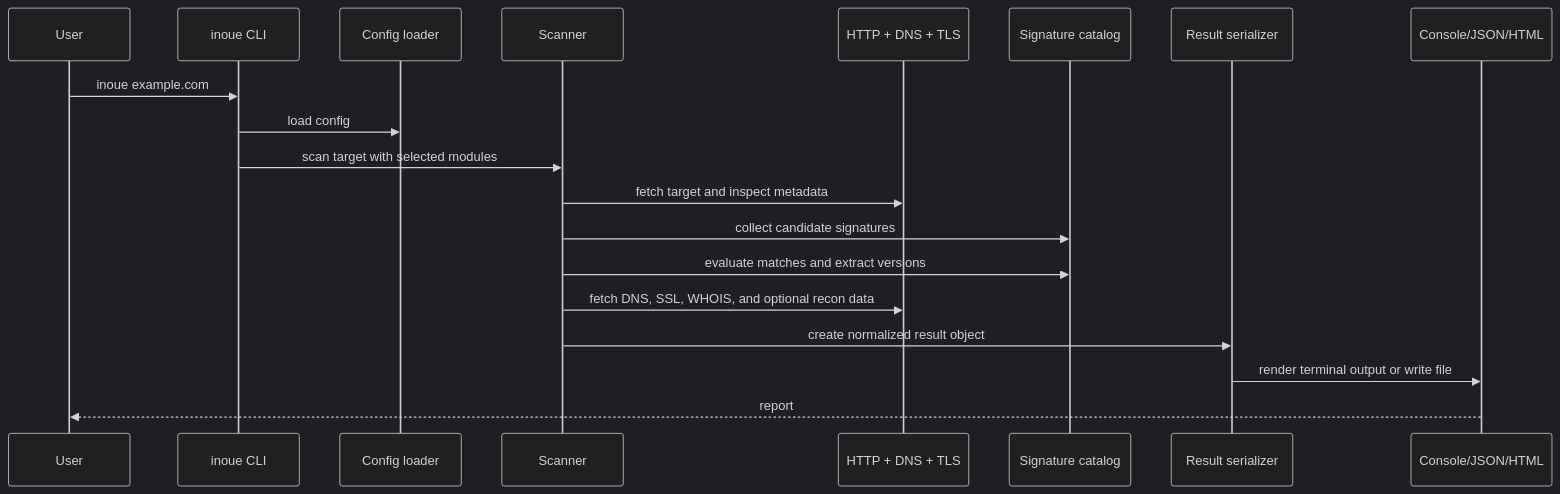
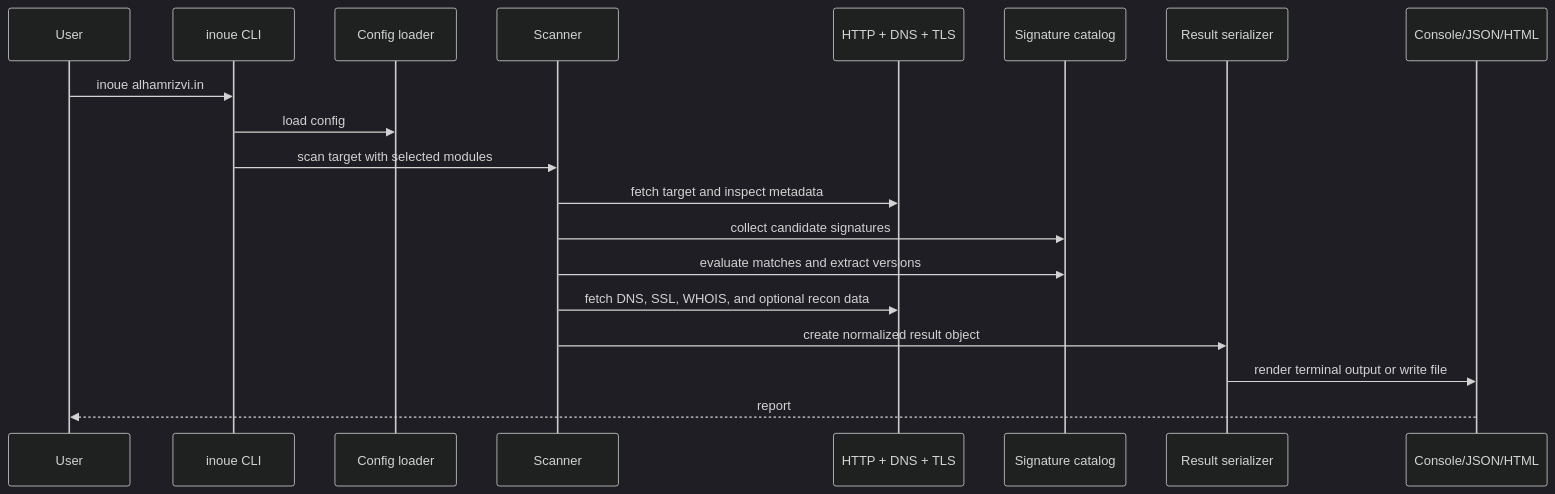
One commit to alham-rizvi/Inoue changed the second of 3 diagrams in guides/architecture.md. Above: the diagram before and after it, drawn with Mermaid (dark theme). The commit also changed 8 other files, not shown here.

````diff
--- a/guides/architecture.md
+++ b/guides/architecture.md
@@ -114,22 +114,22 @@
 ```mermaid
 sequenceDiagram
     participant U as User
     participant CLI as inoue CLI
     participant CFG as Config loader
     participant SC as Scanner
     participant NET as HTTP + DNS + TLS
     participant CAT as Signature catalog
     participant RES as Result serializer
     participant OUT as Console/JSON/HTML
 
-    U->>CLI: inoue example.com
+    U->>CLI: inoue alhamrizvi.in
     CLI->>CFG: load config
     CLI->>SC: scan target with selected modules
     SC->>NET: fetch target and inspect metadata
     SC->>CAT: collect candidate signatures
     SC->>CAT: evaluate matches and extract versions
     SC->>NET: fetch DNS, SSL, WHOIS, and optional recon data
     SC->>RES: create normalized result object
     RES->>OUT: render terminal output or write file
     OUT-->>U: report
 ```
````
